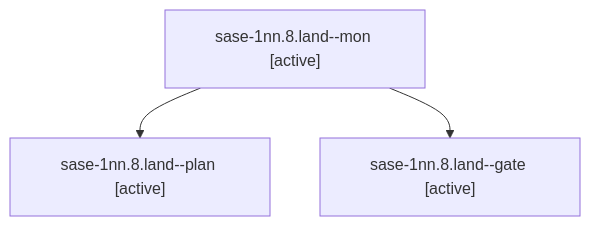
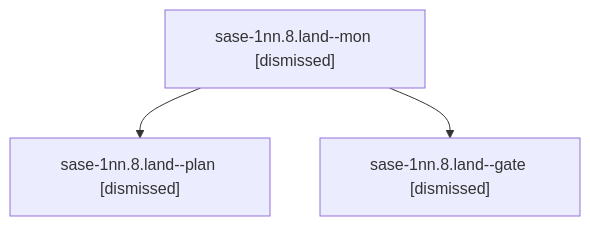
One commit to sase-org/sase--agents changed the diagram in sessions/bbugyi200.athena.sase-1nn.8.land.md. Above: the diagram before and after it, drawn with Mermaid. The commit also changed other lines of this file and 188 other files, not shown here.

````diff
--- a/sessions/bbugyi200.athena.sase-1nn.8.land.md
+++ b/sessions/bbugyi200.athena.sase-1nn.8.land.md
@@ -9,8 +9,8 @@
 ```mermaid
 flowchart TD
-  n0["sase-1nn.8.land--mon [active]"]
-  n1["sase-1nn.8.land--plan [active]"]
+  n0["sase-1nn.8.land--mon [dismissed]"]
+  n1["sase-1nn.8.land--plan [dismissed]"]
   n0 --> n1
-  n2["sase-1nn.8.land--gate [active]"]
+  n2["sase-1nn.8.land--gate [dismissed]"]
   n0 --> n2
 ```
````
